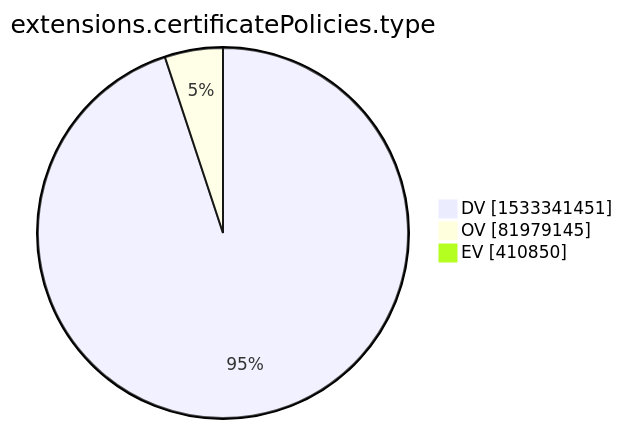
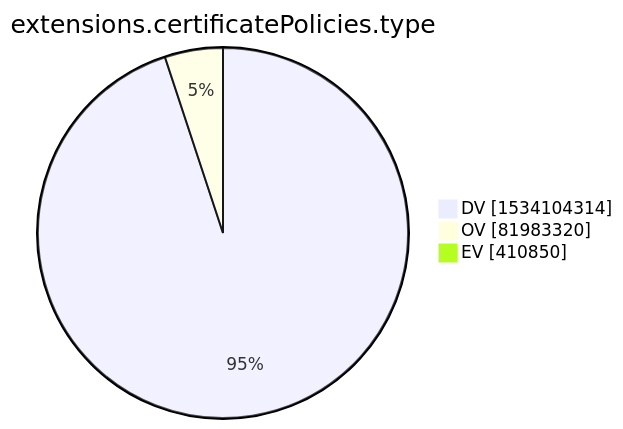
The tenth of 15 diagrams in xenon2022/README.md (christiankrug/ctmonitor_visualization), drawn with Mermaid before and after one commit. The commit also changed other lines of this file, not shown here.

````diff
--- a/xenon2022/README.md
+++ b/xenon2022/README.md
@@ -2875,7 +2875,7 @@
 ```mermaid
 pie showData
 title extensions.certificatePolicies.type
-"DV" :1533341451
-"OV" :81979145
+"DV" :1534104314
+"OV" :81983320
 "EV" :410850
 ```
````
